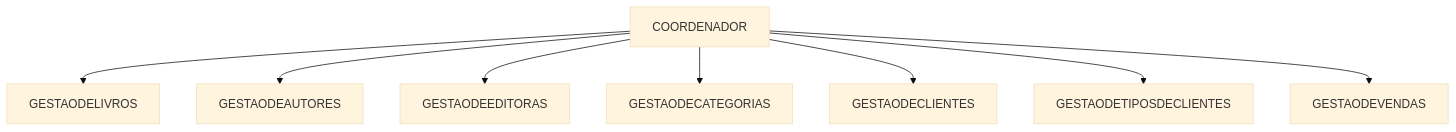
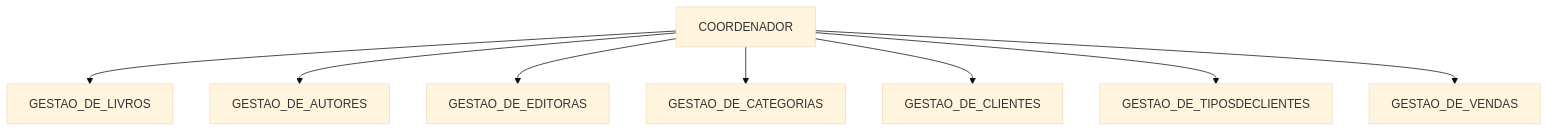
One commit to ericmds/ProjetoBancoDeDados changed the diagram in 00 - Aulas/Aula 07 - (07.04.25).md. Above: the diagram before and after it, drawn with Mermaid (base theme). The commit also changed other lines of this file, not shown here.

Commit message:
Update Aula 07 - (07.04.25).md

````diff
--- a/00 - Aulas/Aula 07 - (07.04.25).md
+++ b/00 - Aulas/Aula 07 - (07.04.25).md
@@ -24,10 +24,10 @@
 ```mermaid
 graph TD;
-    COORDENADOR-->GESTAODELIVROS;
-    COORDENADOR-->GESTAODEAUTORES;
-    COORDENADOR-->GESTAODEEDITORAS;
-    COORDENADOR-->GESTAODECATEGORIAS;
-    COORDENADOR-->GESTAODECLIENTES;
-    COORDENADOR-->GESTAODETIPOSDECLIENTES;
-    COORDENADOR-->GESTAODEVENDAS;
+    COORDENADOR-->GESTAO_DE_LIVROS;
+    COORDENADOR-->GESTAO_DE_AUTORES;
+    COORDENADOR-->GESTAO_DE_EDITORAS;
+    COORDENADOR-->GESTAO_DE_CATEGORIAS;
+    COORDENADOR-->GESTAO_DE_CLIENTES;
+    COORDENADOR-->GESTAO_DE_TIPOSDECLIENTES;
+    COORDENADOR-->GESTAO_DE_VENDAS;
 ``` 
````
